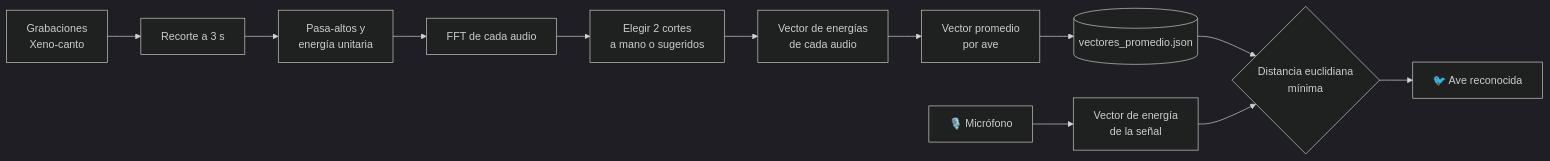
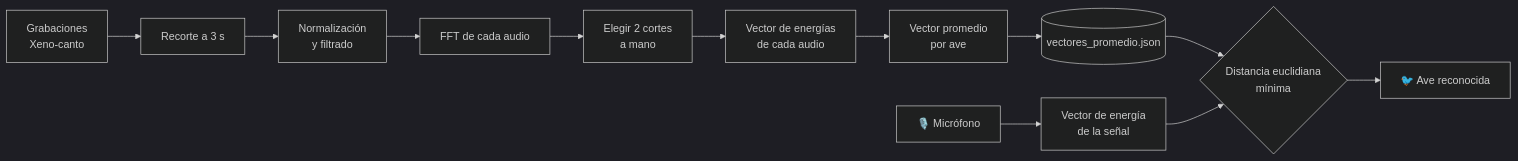
Before and after one commit to Navarro0k/reconocimiento-de-audio-por-bancos-de-filtros: the diagram in README.md, drawn with Mermaid (dark theme). The commit also changed other lines of this file and 5 other files, not shown here.

````diff
--- a/README.md
+++ b/README.md
@@ -40,14 +40,14 @@
 ```mermaid
 flowchart LR
     A[Grabaciones<br/>Xeno-canto] --> B[Recorte a 3 s]
-    B --> B2[Pasa-altos y<br/>energía unitaria]
+    B --> B2[Normalización<br/>y filtrado]
     B2 --> C[FFT de cada audio]
-    C --> D[Elegir 2 cortes<br/>a mano o sugeridos]
+    C --> D[Elegir 2 cortes<br/>a mano]
     D --> E[Vector de energías<br/>de cada audio]
     E --> E2[Vector promedio<br/>por ave]
     E2 --> F[(vectores_promedio.json)]
     G[🎙️ Micrófono] --> H[Vector de energía<br/>de la señal]
     F --> I{Distancia euclidiana<br/>mínima}
     H --> I
     I --> J[🐦 Ave reconocida]
 ```
````
